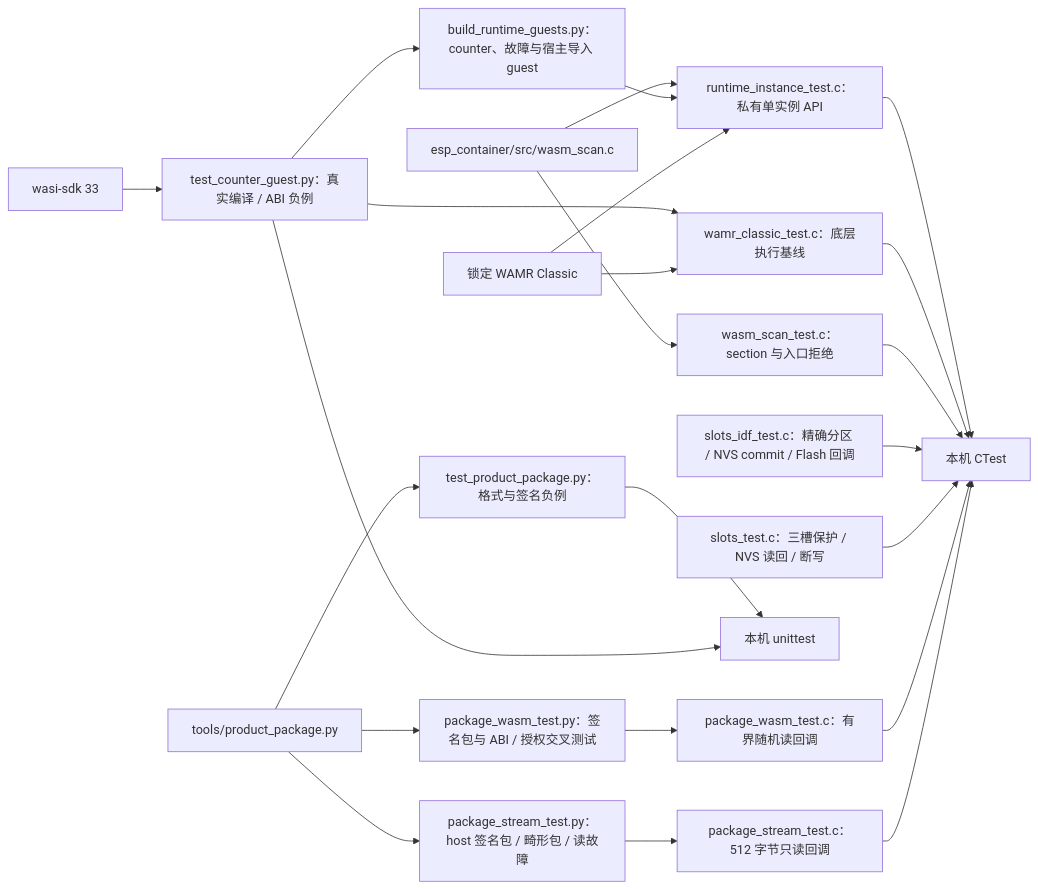
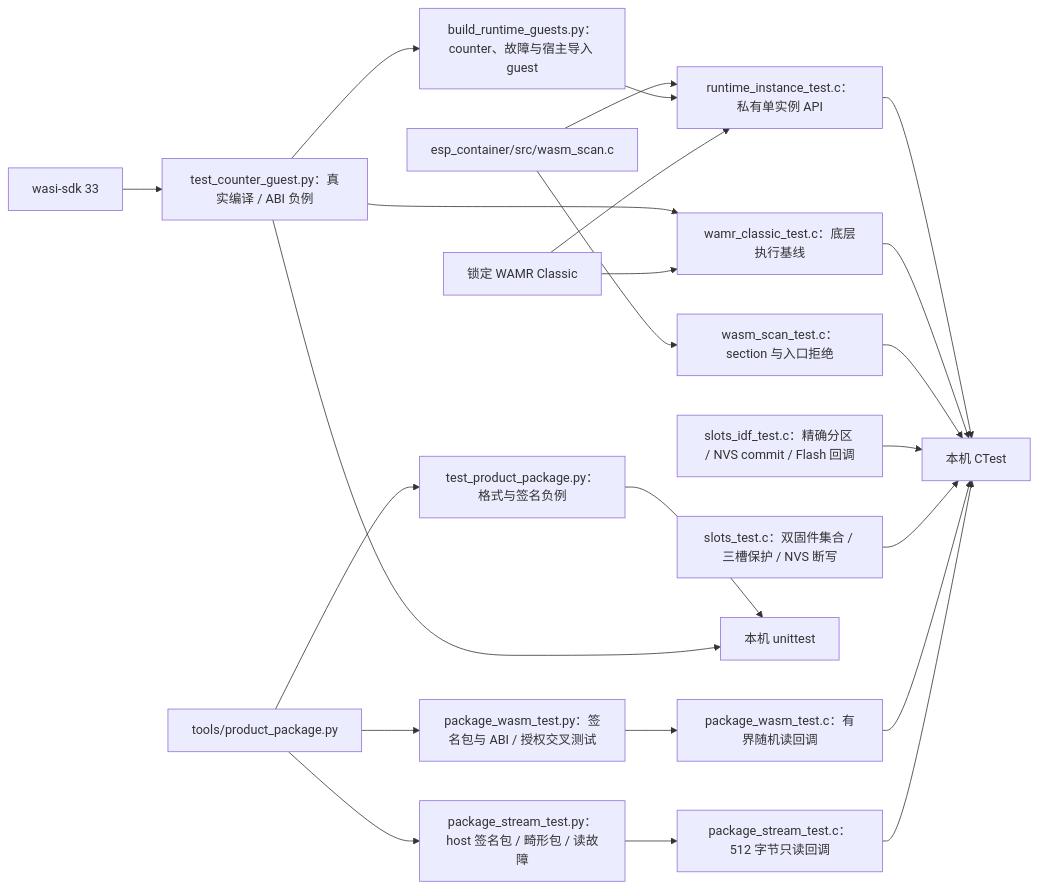
One commit to darren-you/esp-container changed the diagram in tests/README.md. Above: the diagram before and after it, drawn with Mermaid. The commit also changed other lines of this file and 7 other files, not shown here.

````diff
--- a/tests/README.md
+++ b/tests/README.md
@@ -5,25 +5,25 @@
 ```mermaid
 flowchart LR
     package["tools/product_package.py"] --> py["test_product_package.py：格式与签名负例"]
     package --> stream["package_stream_test.py：host 签名包 / 畸形包 / 读故障"]
     stream --> reader["package_stream_test.c：512 字节只读回调"]
     package --> static["package_wasm_test.py：签名包与 ABI / 授权交叉测试"]
     static --> static_reader["package_wasm_test.c：有界随机读回调"]
     reader --> ctest
     static_reader --> ctest
-    slots["slots_test.c：三槽保护 / NVS 读回 / 断写"] --> ctest
+    slots["slots_test.c：双固件集合 / 三槽保护 / NVS 断写"] --> ctest
     idf_slots["slots_idf_test.c：精确分区 / NVS commit / Flash 回调"] --> ctest
     scanner["esp_container/src/wasm_scan.c"] --> c["wasm_scan_test.c：section 与入口拒绝"]
     wasi["wasi-sdk 33"] --> guest["test_counter_guest.py：真实编译 / ABI 负例"]
     guest --> host
     wamr["锁定 WAMR Classic"] --> baseline["wamr_classic_test.c：底层执行基线"]
     guest --> baseline
     guest --> fixtures["build_runtime_guests.py：counter、故障与宿主导入 guest"]
     wamr --> instance["runtime_instance_test.c：私有单实例 API"]
     fixtures --> instance
     scanner --> instance
     py --> host["本机 unittest"]
     c --> ctest["本机 CTest"]
     baseline --> ctest
     instance --> ctest
 ```
````
